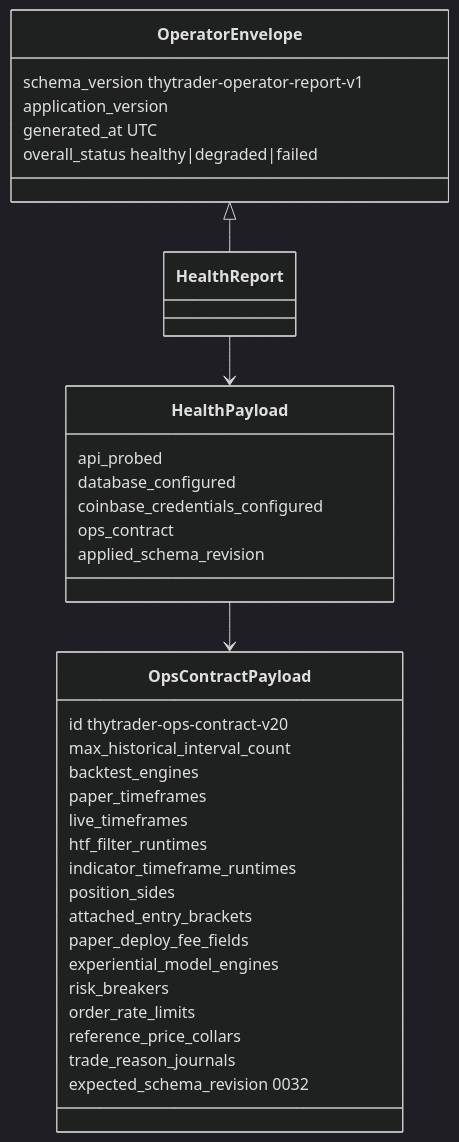
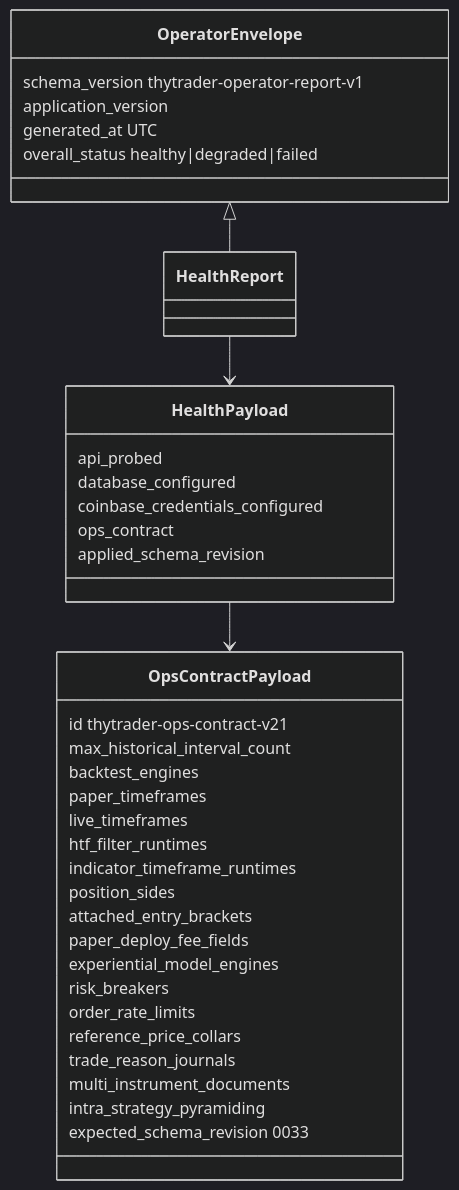
The first of 2 diagrams in docs/architecture/contracts/ops-contract.md (Zoltesh/thytrader), drawn with Mermaid (dark theme) before and after one commit. The commit also changed other lines of this file and 65 other files, not shown here.

First line of the commit message:
feat(strategy): multi-instrument documents and intra-strategy pyramiding (ADR 0056)

````diff
--- a/docs/architecture/contracts/ops-contract.md
+++ b/docs/architecture/contracts/ops-contract.md
@@ -31,37 +33,39 @@
 ```mermaid
 classDiagram
   class OpsContractPayload {
-    id thytrader-ops-contract-v20
+    id thytrader-ops-contract-v21
     max_historical_interval_count
     backtest_engines
     paper_timeframes
     live_timeframes
     htf_filter_runtimes
     indicator_timeframe_runtimes
     position_sides
     attached_entry_brackets
     paper_deploy_fee_fields
     experiential_model_engines
     risk_breakers
     order_rate_limits
     reference_price_collars
     trade_reason_journals
-    expected_schema_revision 0032
+    multi_instrument_documents
+    intra_strategy_pyramiding
+    expected_schema_revision 0033
   }
   class HealthPayload {
     api_probed
     database_configured
     coinbase_credentials_configured
     ops_contract
     applied_schema_revision
   }
   class OperatorEnvelope {
     schema_version thytrader-operator-report-v1
     application_version
     generated_at UTC
     overall_status healthy|degraded|failed
   }
   HealthPayload --> OpsContractPayload
   OperatorEnvelope <|-- HealthReport
   HealthReport --> HealthPayload
 ```
````
